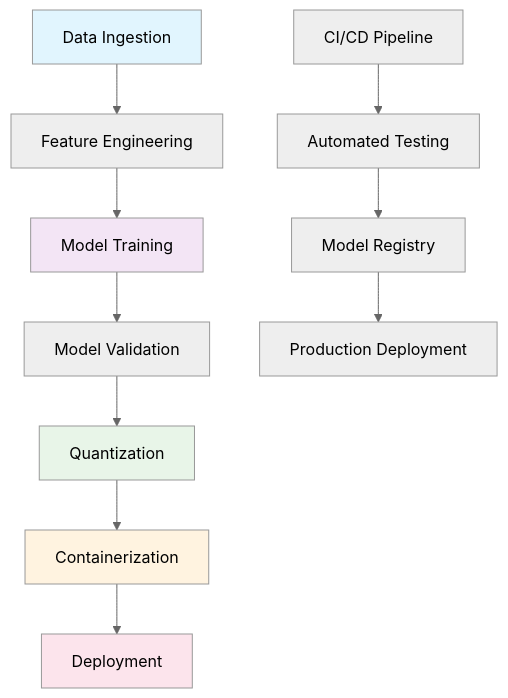
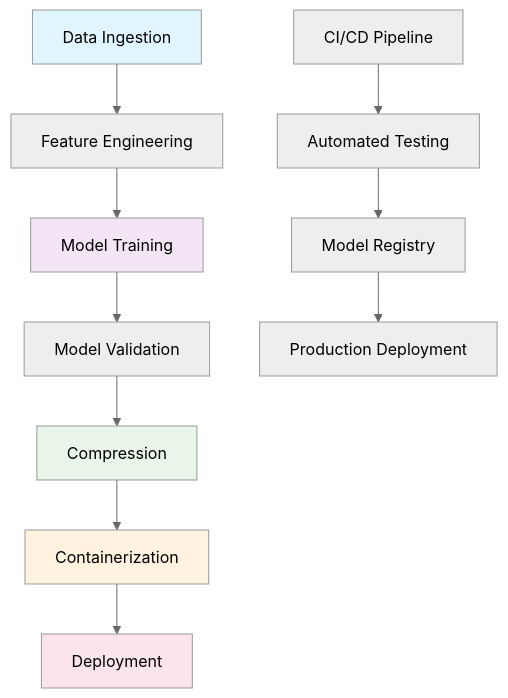
The first of 7 diagrams in README.md (cph0r/mlops-major-exam), drawn with Mermaid (neutral theme) before and after one commit. The commit also changed other lines of this file and 8 other files, not shown here.

````diff
--- a/README.md
+++ b/README.md
@@ -21,19 +21,19 @@
 ```mermaid
 graph TB
     A[Data Ingestion] --> B[Feature Engineering]
     B --> C[Model Training]
     C --> D[Model Validation]
-    D --> E[Quantization]
+    D --> E[Compression]
     E --> F[Containerization]
     F --> G[Deployment]
     
     H[CI/CD Pipeline] --> I[Automated Testing]
     I --> J[Model Registry]
     J --> K[Production Deployment]
     
     style A fill:#e1f5fe
     style C fill:#f3e5f5
     style E fill:#e8f5e8
     style F fill:#fff3e0
     style G fill:#fce4ec
 ```
````
